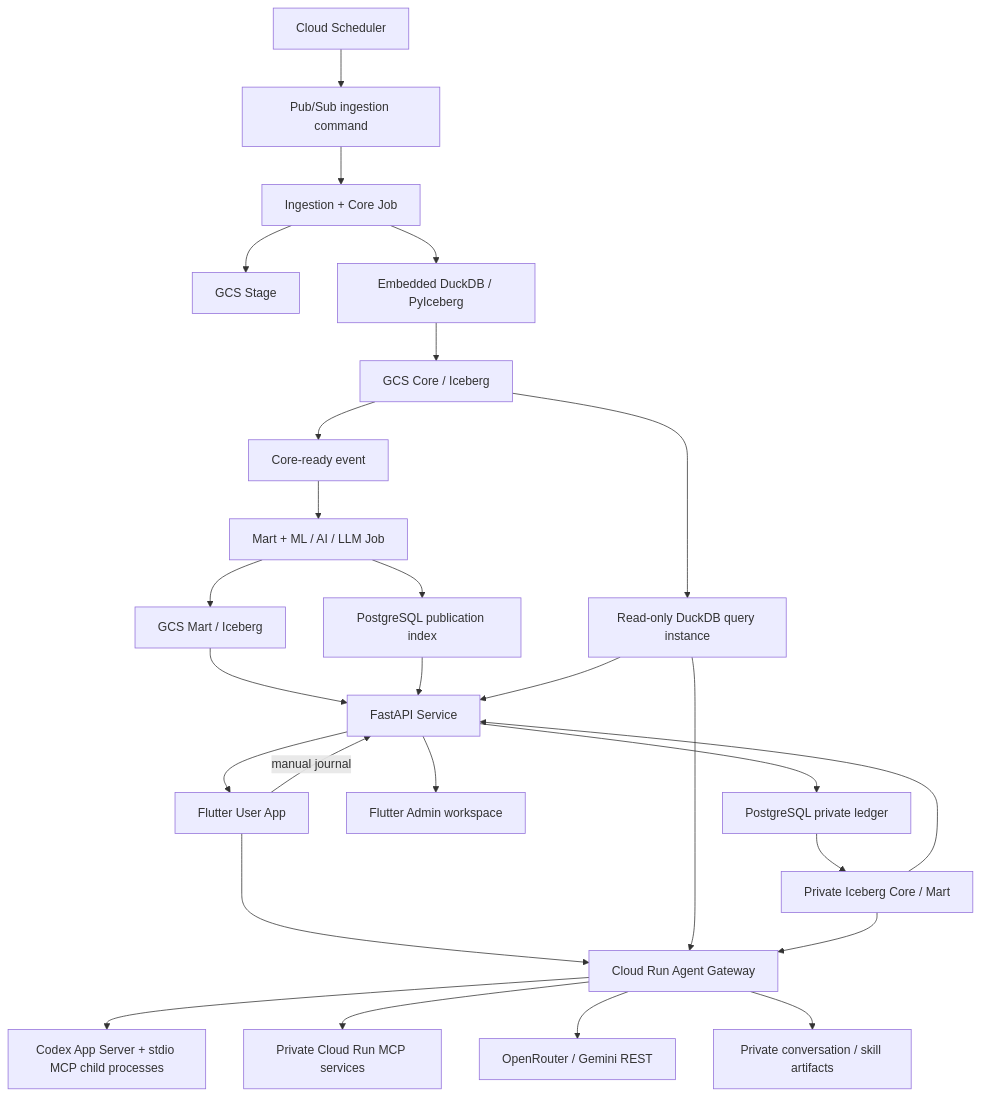
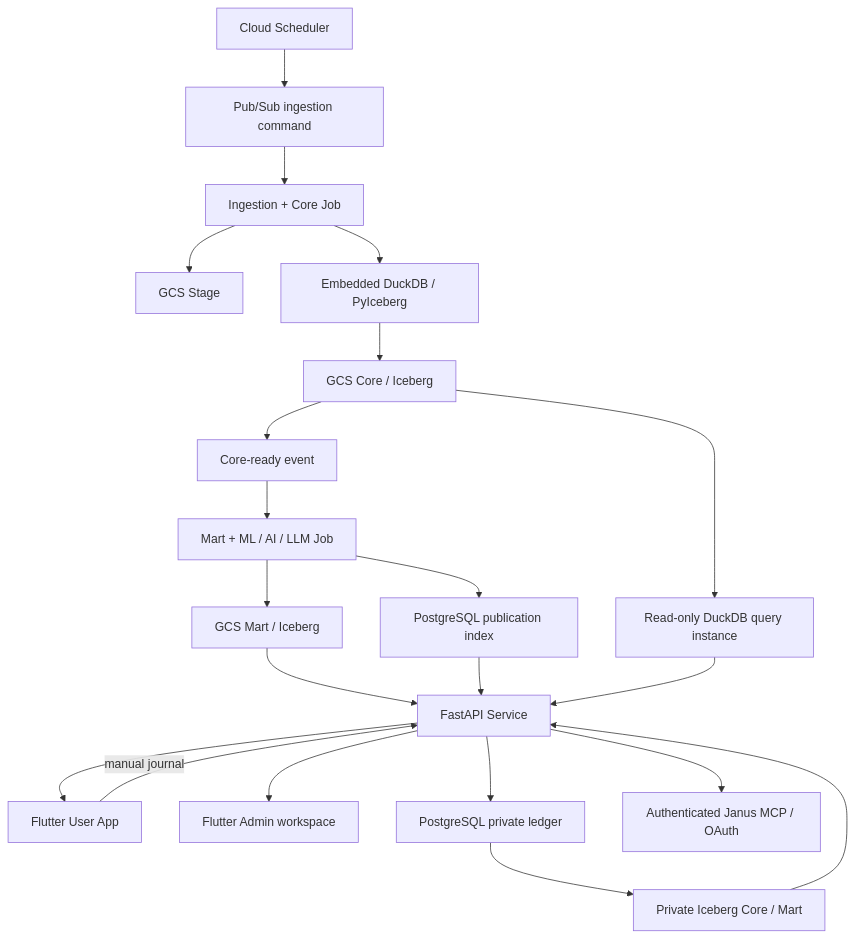
One commit to tommylin15/janus-omniforge changed the diagram in doc/spec/repository-and-gcp.md. Above: the diagram before and after it, drawn with Mermaid. The commit also changed other lines of this file and 10 other files, not shown here.

````diff
--- a/doc/spec/repository-and-gcp.md
+++ b/doc/spec/repository-and-gcp.md
@@ -42,29 +39,23 @@
 ```mermaid
 flowchart TD
     A["Cloud Scheduler"] --> B["Pub/Sub ingestion command"]
     B --> C["Ingestion + Core Job"]
     C --> D["GCS Stage"]
     C --> E["Embedded DuckDB / PyIceberg"]
     E --> F["GCS Core / Iceberg"]
     F --> G["Core-ready event"]
     G --> H["Mart + ML / AI / LLM Job"]
     H --> I["GCS Mart / Iceberg"]
     H --> J["PostgreSQL publication index"]
     I --> K["FastAPI Service"]
     J --> K
     K --> M["Flutter User App"]
     K --> N["Flutter Admin workspace"]
     M -->|"manual journal"| K
     K --> O["PostgreSQL private ledger"]
     O --> P["Private Iceberg Core / Mart"]
     P --> K
     F --> L["Read-only DuckDB query instance"]
     L --> K
-    M --> Q["Cloud Run Agent Gateway"]
-    Q --> R["Codex App Server + stdio MCP child processes"]
-    Q --> S["Private Cloud Run MCP services"]
-    Q --> T["OpenRouter / Gemini REST"]
-    L --> Q
-    P --> Q
-    Q --> U["Private conversation / skill artifacts"]
+    K --> V["Authenticated Janus MCP / OAuth"]
 ```
````
